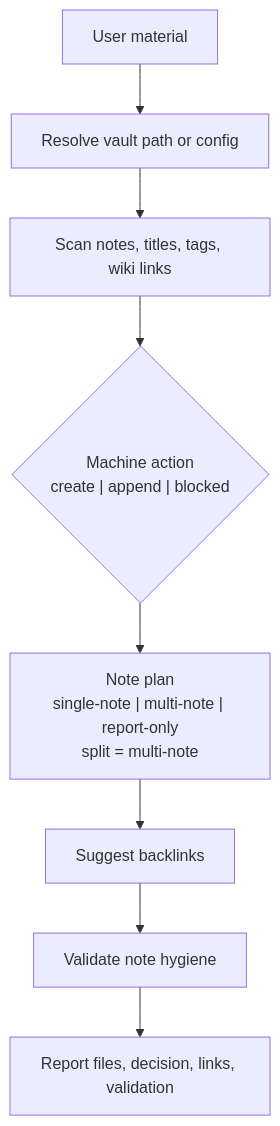
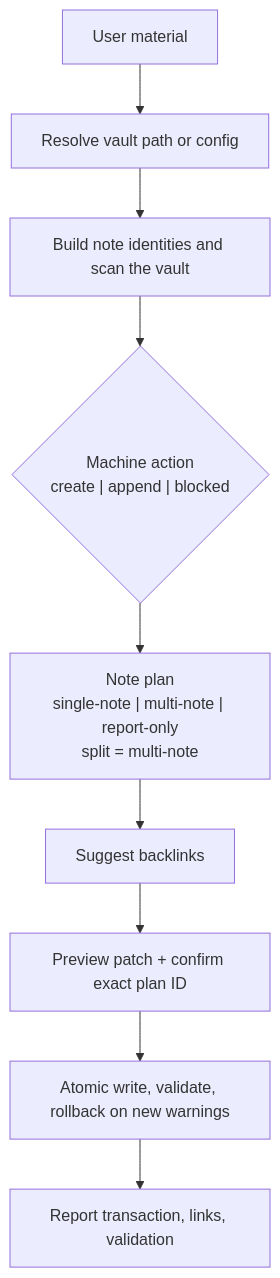
One commit to Totoro-qaq/Cobsidian changed the second of 2 diagrams in README.md. Above: the diagram before and after it, drawn with Mermaid. The commit also changed other lines of this file and 52 other files, not shown here.

````diff
--- a/README.md
+++ b/README.md
@@ -144,10 +145,11 @@
 ```mermaid
 flowchart TD
     U["User material"] --> R["Resolve vault path or config"]
-    R --> S["Scan notes, titles, tags, wiki links"]
+    R --> S["Build note identities and scan the vault"]
     S --> A{"Machine action<br/>create | append | blocked"}
     A --> P["Note plan<br/>single-note | multi-note | report-only<br/>split = multi-note"]
     P --> L["Suggest backlinks"]
-    L --> V["Validate note hygiene"]
-    V --> O["Report files, decision, links, validation"]
+    L --> X["Preview patch + confirm exact plan ID"]
+    X --> V["Atomic write, validate, rollback on new warnings"]
+    V --> O["Report transaction, links, validation"]
 ```
````
